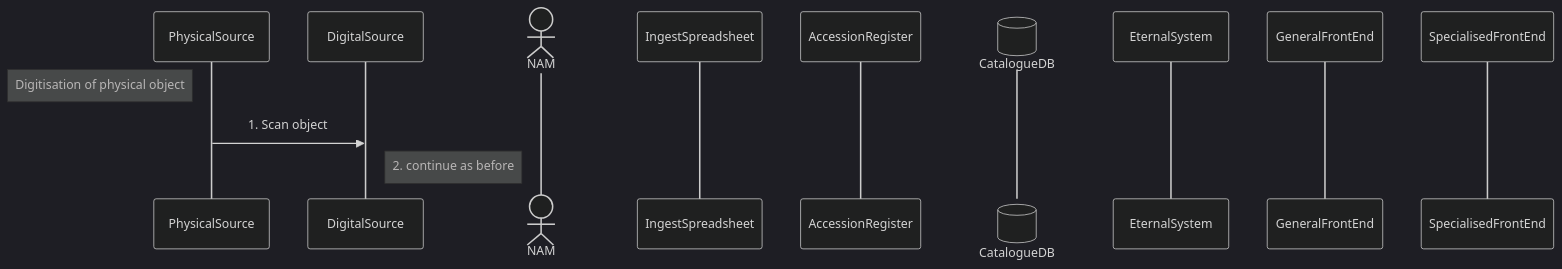
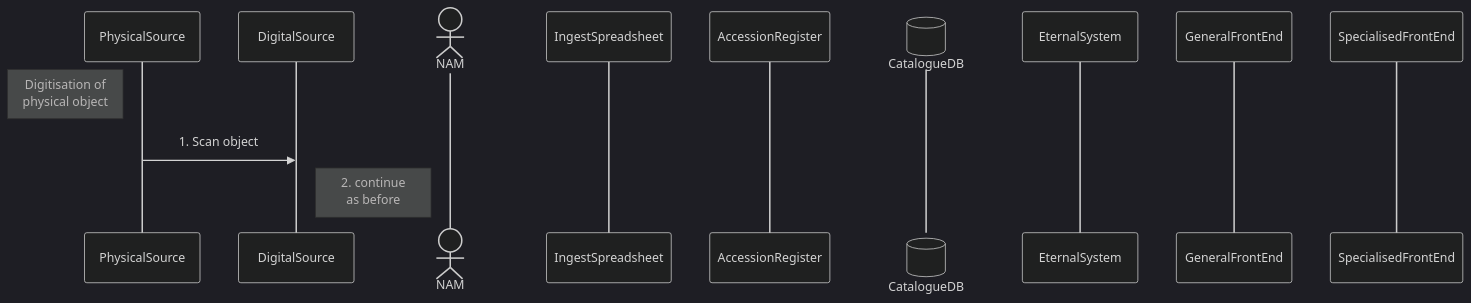
Before and after one commit to dgiaretta/NAM: the second of 6 diagrams in README.md, drawn with Mermaid (dark theme). The commit also changed other lines of this file, not shown here.

````diff
--- a/README.md
+++ b/README.md
@@ -45,15 +45,15 @@
 ```mermaid
 sequenceDiagram
 participant PhysicalSource
 participant DigitalSource
 actor NAM
 participant IngestSpreadsheet
 participant AccessionRegister
 participant CatalogueDB@{ "type": "database" }
 participant EternalSystem
 participant GeneralFrontEnd
 participant SpecialisedFrontEnd
-Note left of PhysicalSource: Digitisation of physical object
+Note left of PhysicalSource: Digitisation of<br/>physical object
 PhysicalSource->>DigitalSource: 1. Scan object
-Note right of DigitalSource: 2. continue as before
+Note right of DigitalSource: 2. continue<br/>as before
 ```
````
